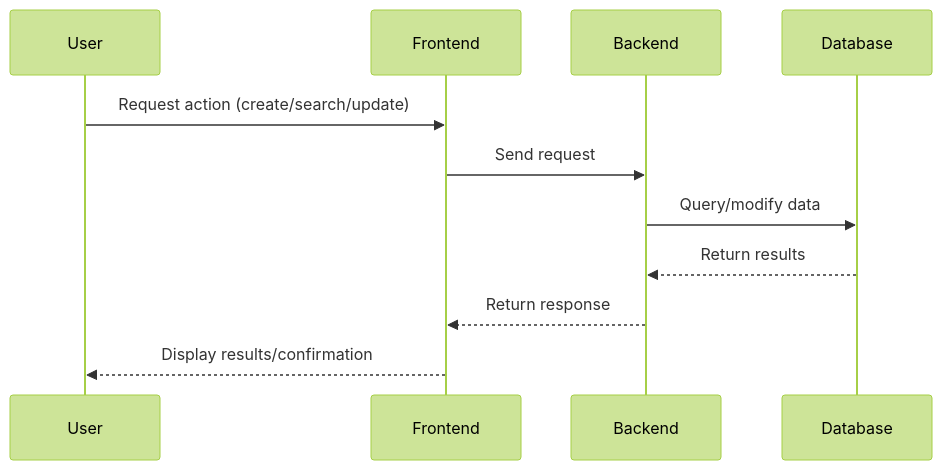
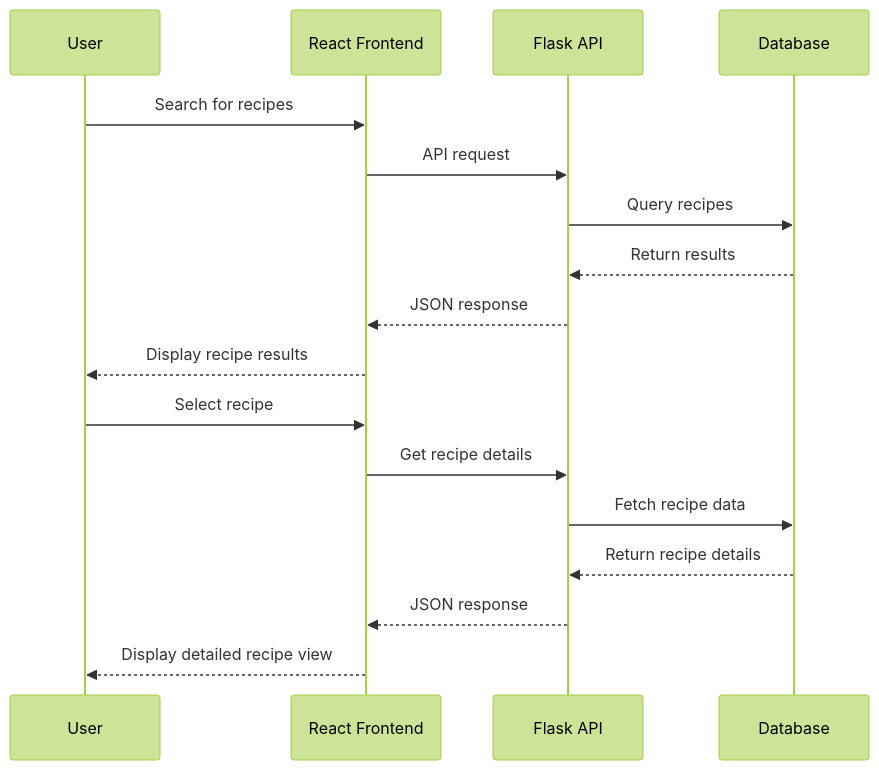
The second of 3 diagrams in README.md (shinji-Yama77/local-prompt-library), drawn with Mermaid (forest theme) before and after one commit. The commit also changed other lines of this file and 9 other files, not shown here.

Commit message:
changed purpose of app to recipe finder and configured react with javacsript and vite

````diff
--- a/README.md
+++ b/README.md
@@ -45,14 +48,21 @@
 ```mermaid
 sequenceDiagram
     participant User
-    participant Frontend
-    participant Backend
+    participant Frontend as React Frontend
+    participant Backend as Flask API
     participant Database
     
-    User->>Frontend: Request action (create/search/update)
-    Frontend->>Backend: Send request
-    Backend->>Database: Query/modify data
+    User->>Frontend: Search for recipes
+    Frontend->>Backend: API request
+    Backend->>Database: Query recipes
     Database-->>Backend: Return results
-    Backend-->>Frontend: Return response
-    Frontend-->>User: Display results/confirmation
+    Backend-->>Frontend: JSON response
+    Frontend-->>User: Display recipe results
+    
+    User->>Frontend: Select recipe
+    Frontend->>Backend: Get recipe details
+    Backend->>Database: Fetch recipe data
+    Database-->>Backend: Return recipe details
+    Backend-->>Frontend: JSON response
+    Frontend-->>User: Display detailed recipe view
 ```
````
